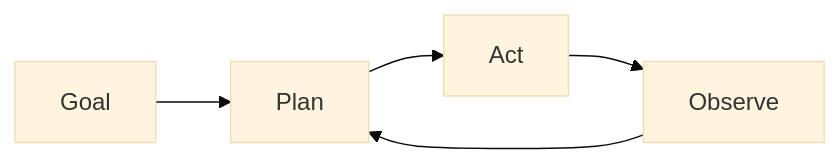
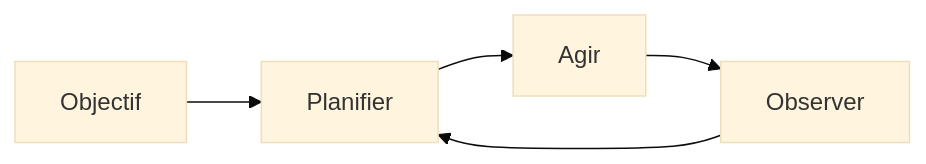
The diagram in i18n/fr/docusaurus-plugin-content-docs/current/autonomous-agents/index.md (EmersonBraun/ai-summary-hub), drawn with Mermaid (base theme) before and after one commit. The commit also changed other lines of this file and 230 other files, not shown here.

````diff
--- a/i18n/fr/docusaurus-plugin-content-docs/current/autonomous-agents/index.md
+++ b/i18n/fr/docusaurus-plugin-content-docs/current/autonomous-agents/index.md
@@ -17,7 +19,7 @@
 ```mermaid
 flowchart LR
-  Goal[Goal] --> Plan[Plan]
-  Plan --> Act[Act]
-  Act --> Observe[Observe]
+  Goal[Objectif] --> Plan[Planifier]
+  Plan --> Act[Agir]
+  Act --> Observe[Observer]
   Observe --> Plan
 ```
````
